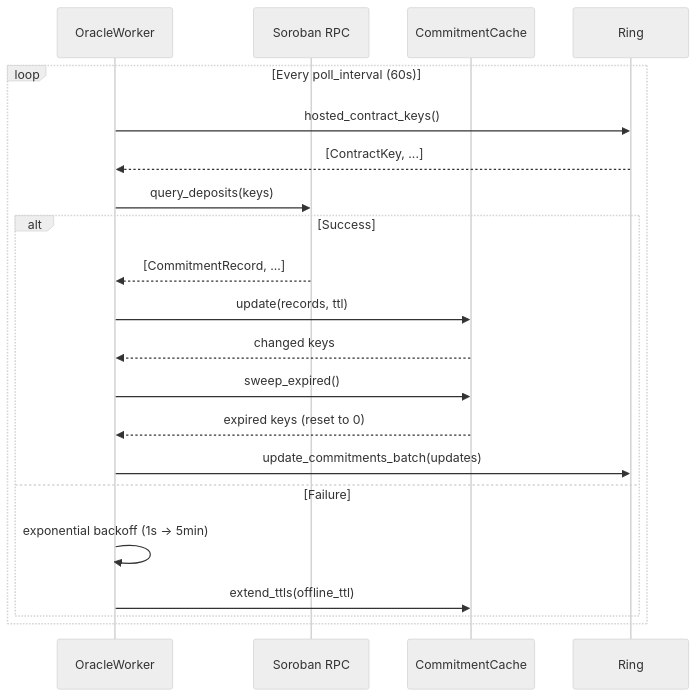
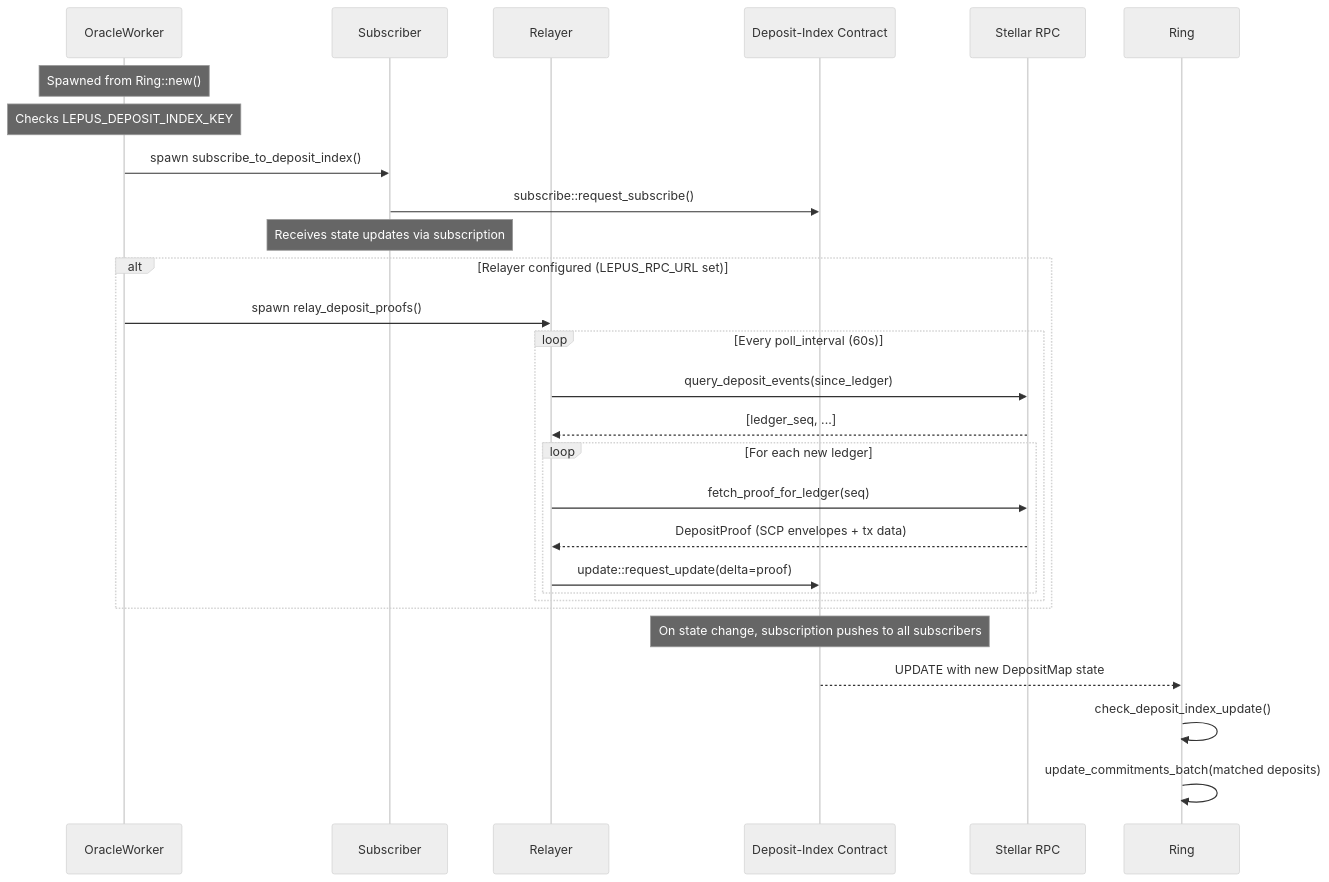
Before and after one commit to inviti8/freenet-lepus: the second of 2 diagrams in docs/architecture/lepus/README.md, drawn with Mermaid (neutral theme). The commit also changed other lines of this file and 3 other files, not shown here.

First line of the commit message:
docs(lepus): update architecture docs for Phase C dual-mode oracle

````diff
--- a/docs/architecture/lepus/README.md
+++ b/docs/architecture/lepus/README.md
@@ -161,24 +168,34 @@
 ```mermaid
 sequenceDiagram
     participant O as OracleWorker
-    participant S as Soroban RPC
-    participant C as CommitmentCache
+    participant Sub as Subscriber
+    participant Rel as Relayer
+    participant DI as Deposit-Index Contract
+    participant S as Stellar RPC
     participant R as Ring
 
-    loop Every poll_interval (60s)
-        O->>R: hosted_contract_keys()
-        R-->>O: [ContractKey, ...]
-        O->>S: query_deposits(keys)
-        alt Success
-            S-->>O: [CommitmentRecord, ...]
-            O->>C: update(records, ttl)
-            C-->>O: changed keys
-            O->>C: sweep_expired()
-            C-->>O: expired keys (reset to 0)
-            O->>R: update_commitments_batch(updates)
-        else Failure
-            O->>O: exponential backoff (1s → 5min)
-            O->>C: extend_ttls(offline_ttl)
+    Note over O: Spawned from Ring::new()
+    Note over O: Checks LEPUS_DEPOSIT_INDEX_KEY
+
+    O->>Sub: spawn subscribe_to_deposit_index()
+    Sub->>DI: subscribe::request_subscribe()
+    Note over Sub: Receives state updates via subscription
+
+    alt Relayer configured (LEPUS_RPC_URL set)
+        O->>Rel: spawn relay_deposit_proofs()
+        loop Every poll_interval (60s)
+            Rel->>S: query_deposit_events(since_ledger)
+            S-->>Rel: [ledger_seq, ...]
+            loop For each new ledger
+                Rel->>S: fetch_proof_for_ledger(seq)
+                S-->>Rel: DepositProof (SCP envelopes + tx data)
+                Rel->>DI: update::request_update(delta=proof)
+            end
         end
     end
+
+    Note over DI: On state change, subscription pushes to all subscribers
+    DI-->>R: UPDATE with new DepositMap state
+    R->>R: check_deposit_index_update()
+    R->>R: update_commitments_batch(matched deposits)
 ```
````
